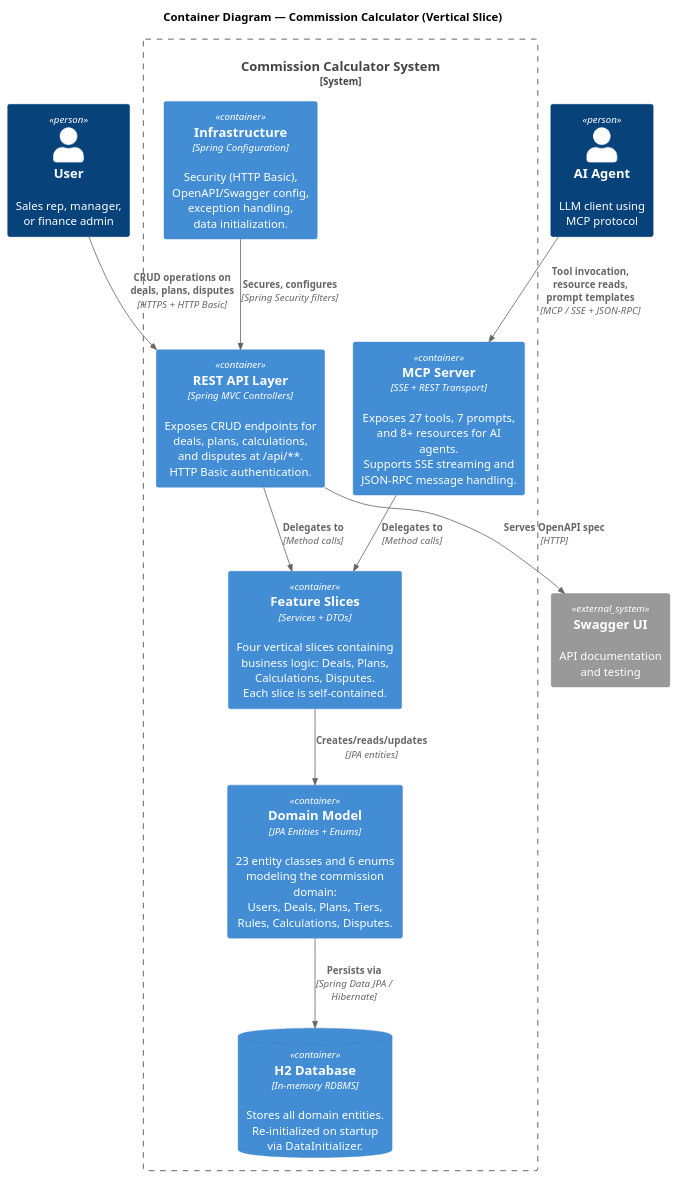
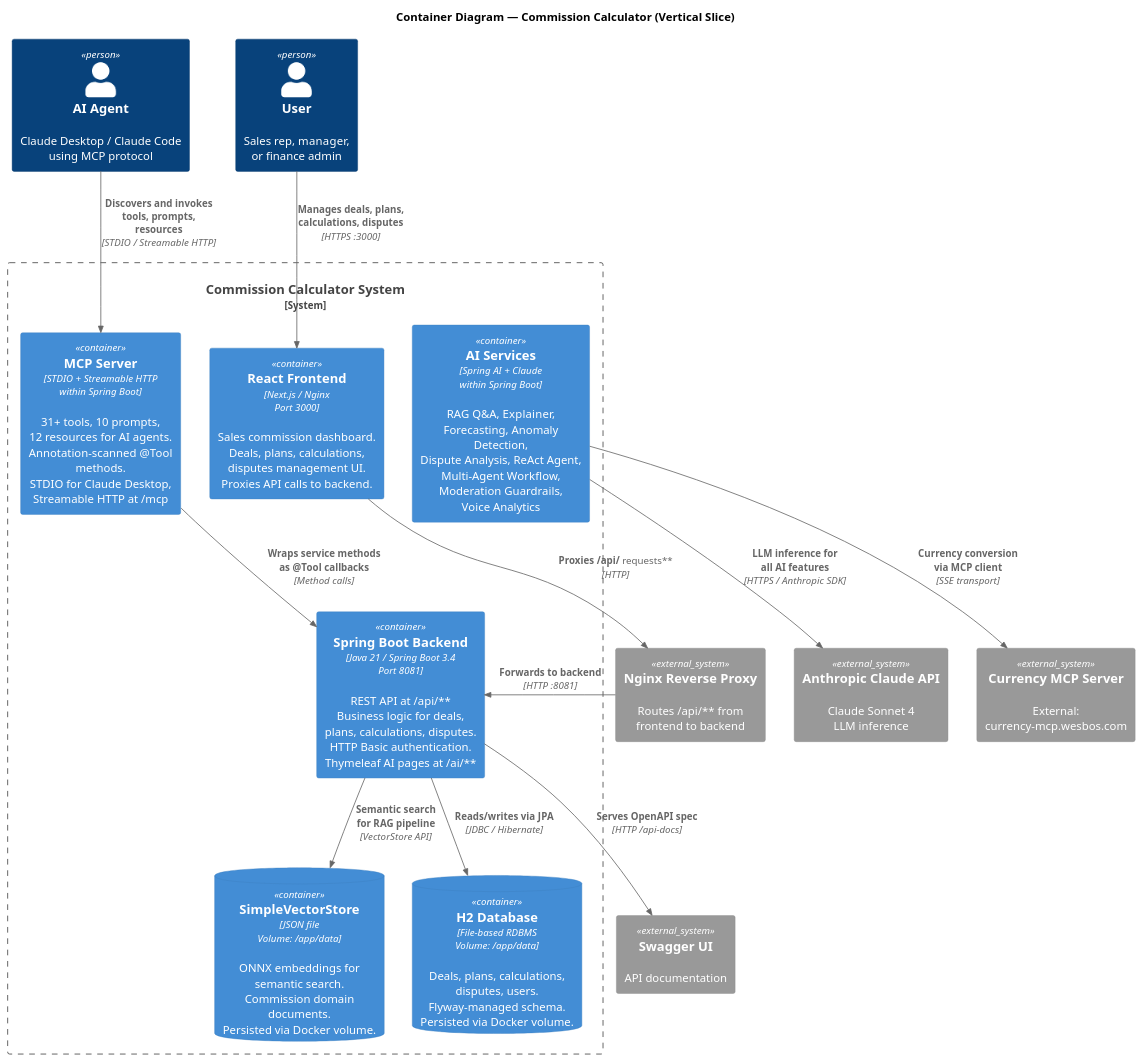
One commit to ssunduko/commission-calculator-spring changed the diagram in docs/c4/verticalslice/c4-level2-container.puml. Above: the diagram before and after it, drawn with PlantUML. The commit also changed 37 other files, not shown here.

```diff
--- a/docs/c4/verticalslice/c4-level2-container.puml
+++ b/docs/c4/verticalslice/c4-level2-container.puml
@@ -1,88 +1,79 @@
 @startuml C4_Level2_Container
 !include <C4/C4_Container>
 
 title Container Diagram — Commission Calculator (Vertical Slice)
 
 ' ============================================================
 ' C4 LEVEL 2: CONTAINER DIAGRAM
 ' ============================================================
-' Zooms into the Commission Calculator system to show the
-' high-level technical building blocks (containers) and how
-' they interact. In this monolithic Spring Boot app, the
-' "containers" are logical layers within a single deployable.
-'
-' PURPOSE:
-' Answer the question: "What are the major technical pieces
-' inside the Commission Calculator, and how do they communicate?"
-'
-' NOTATION:
-' - Blue boxes = Containers (deployable/runnable units)
-' - Dashed boundary = The system boundary
-' - Arrows = Communication protocols and data flow
-'
-' NOTE ON MONOLITH vs. CONTAINERS:
-' Although this is a single Spring Boot JAR, C4 containers
-' represent independently replaceable technical components.
-' Here we show the logical containers that could be split
-' into microservices if the system scales.
+' Shows the deployable containers, their technology, and
+' communication protocols. Reflects the actual Docker Compose
+' deployment with React frontend and Spring Boot backend.
 ' ============================================================
 
 Person(user, "User", "Sales rep, manager,\nor finance admin")
-Person(aiAgent, "AI Agent", "LLM client using\nMCP protocol")
+Person(aiAgent, "AI Agent", "Claude Desktop / Claude Code\nusing MCP protocol")
 
 System_Boundary(commCalc, "Commission Calculator System") {
 
-    Container(restApi, "REST API Layer", "Spring MVC Controllers", "Exposes CRUD endpoints for\ndeals, plans, calculations,\nand disputes at /api/**.\nHTTP Basic authentication.")
+    Container(reactFrontend, "React Frontend", "Next.js / Nginx\nPort 3000", "Sales commission dashboard.\nDeals, plans, calculations,\ndisputes management UI.\nProxies API calls to backend.")
 
-    Container(mcpServer, "MCP Server", "SSE + REST Transport", "Exposes 27 tools, 7 prompts,\nand 8+ resources for AI agents.\nSupports SSE streaming and\nJSON-RPC message handling.")
+    Container(springBoot, "Spring Boot Backend", "Java 21 / Spring Boot 3.4\nPort 8081", "REST API at /api/**\nBusiness logic for deals,\nplans, calculations, disputes.\nHTTP Basic authentication.\nThymeleaf AI pages at /ai/**")
 
-    Container(featureSlices, "Feature Slices", "Services + DTOs", "Four vertical slices containing\nbusiness logic: Deals, Plans,\nCalculations, Disputes.\nEach slice is self-contained.")
+    Container(mcpServer, "MCP Server", "STDIO + Streamable HTTP\nwithin Spring Boot", "31+ tools, 10 prompts,\n12 resources for AI agents.\nAnnotation-scanned @Tool methods.\nSTDIO for Claude Desktop,\nStreamable HTTP at /mcp")
 
-    Container(domainModel, "Domain Model", "JPA Entities + Enums", "23 entity classes and 6 enums\nmodeling the commission domain:\nUsers, Deals, Plans, Tiers,\nRules, Calculations, Disputes.")
+    Container(aiServices, "AI Services", "Spring AI + Claude\nwithin Spring Boot", "RAG Q&A, Explainer,\nForecasting, Anomaly Detection,\nDispute Analysis, ReAct Agent,\nMulti-Agent Workflow,\nModeration Guardrails,\nVoice Analytics")
 
-    Container(infrastructure, "Infrastructure", "Spring Configuration", "Security (HTTP Basic),\nOpenAPI/Swagger config,\nexception handling,\ndata initialization.")
+    ContainerDb(h2db, "H2 Database", "File-based RDBMS\nVolume: /app/data", "Deals, plans, calculations,\ndisputes, users.\nFlyway-managed schema.\nPersisted via Docker volume.")
 
-    ContainerDb(h2db, "H2 Database", "In-memory RDBMS", "Stores all domain entities.\nRe-initialized on startup\nvia DataInitializer.")
+    ContainerDb(vectorStore, "SimpleVectorStore", "JSON file\nVolume: /app/data", "ONNX embeddings for\nsemantic search.\nCommission domain documents.\nPersisted via Docker volume.")
 }
 
-System_Ext(swaggerUI, "Swagger UI", "API documentation\nand testing")
+System_Ext(nginx, "Nginx Reverse Proxy", "Routes /api/** from\nfrontend to backend")
+System_Ext(anthropicApi, "Anthropic Claude API", "Claude Sonnet 4\nLLM inference")
+System_Ext(currencyMcp, "Currency MCP Server", "External: currency-mcp.wesbos.com")
+System_Ext(swaggerUI, "Swagger UI", "API documentation")
 
-Rel(user, restApi, "CRUD operations on\ndeals, plans, disputes", "HTTPS + HTTP Basic")
-Rel(aiAgent, mcpServer, "Tool invocation,\nresource reads,\nprompt templates", "MCP / SSE + JSON-RPC")
+' --- User interactions ---
+Rel(user, reactFrontend, "Manages deals, plans,\ncalculations, disputes", "HTTPS :3000")
+Rel(reactFrontend, nginx, "Proxies /api/** requests", "HTTP")
+Rel(nginx, springBoot, "Forwards to backend", "HTTP :8081")
 
-Rel(restApi, featureSlices, "Delegates to", "Method calls")
-Rel(mcpServer, featureSlices, "Delegates to", "Method calls")
-Rel(featureSlices, domainModel, "Creates/reads/updates", "JPA entities")
-Rel(domainModel, h2db, "Persists via", "Spring Data JPA / Hibernate")
-Rel(infrastructure, restApi, "Secures, configures", "Spring Security filters")
-Rel(restApi, swaggerUI, "Serves OpenAPI spec", "HTTP")
+' --- AI Agent interactions ---
+Rel(aiAgent, mcpServer, "Discovers and invokes\ntools, prompts, resources", "STDIO / Streamable HTTP")
+
+' --- Internal ---
+Rel(springBoot, h2db, "Reads/writes via JPA", "JDBC / Hibernate")
+Rel(springBoot, vectorStore, "Semantic search\nfor RAG pipeline", "VectorStore API")
+Rel(aiServices, anthropicApi, "LLM inference for\nall AI features", "HTTPS / Anthropic SDK")
+Rel(aiServices, currencyMcp, "Currency conversion\nvia MCP client", "SSE transport")
+Rel(mcpServer, springBoot, "Wraps service methods\nas @Tool callbacks", "Method calls")
+Rel(springBoot, swaggerUI, "Serves OpenAPI spec", "HTTP /api-docs")
 
 ' ============================================================
 ' DIAGRAM NOTES
 ' ============================================================
-' VERTICAL SLICE PATTERN:
-' The Feature Slices container is organized by business
-' capability, NOT by technical layer. Each slice owns its
-' full stack: Controller → Service → Repository → DTOs.
+' DEPLOYMENT:
+' - React Frontend: Nginx container on port 3000
+' - Spring Boot Backend: Java container on port 8081
+' - Both orchestrated via Docker Compose
+' - H2 database and VectorStore persist to /app/data volume
 '
-' MCP INTEGRATION:
-' The MCP Server wraps feature slice services through a
-' McpCommissionTools facade. It registers 27 @Tool methods
-' that AI agents can discover and invoke. The MCP server
-' supports both REST transport (/api/mcp/**) and SSE
-' streaming (/api/mcp/sse) for real-time connections.
+' PORT MAPPINGS:
+' - 3000: React frontend (user-facing)
+' - 8081: Spring Boot backend (API + MCP + AI pages)
+' - /mcp: Streamable HTTP MCP endpoint
+' - /api/**: REST API endpoints
+' - /ai/**: Thymeleaf AI pages (RAG, voice, WebMCP, etc.)
 '
-' SECURITY:
-' - /api/** requires HTTP Basic authentication
-' - /swagger-ui/** and /h2-console/** are public
-' - CSRF is disabled for API and H2 console endpoints
-' - All roles: SALES_REP, SALES_MANAGER, FINANCE_ADMIN,
-'   SYSTEM_ADMIN
+' MCP TRANSPORT:
+' - STDIO: Claude Desktop launches JAR directly
+' - Streamable HTTP: MCP Inspector connects to /mcp
+' - Both use the same @Tool-annotated service methods
 '
-' DATA LIFECYCLE:
-' H2 is in-memory — DataInitializer creates sample data
-' (2 plans, 6 deals, 4 calculations, 2 disputes) on every
-' startup. Production would swap H2 for PostgreSQL/MySQL.
+' NGINX PROXY:
+' - Frontend at :3000 proxies /api/** to backend :8081
+' - Handles CORS, static assets, and SPA routing
 ' ============================================================
 
 @enduml
```
